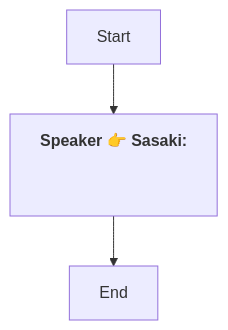
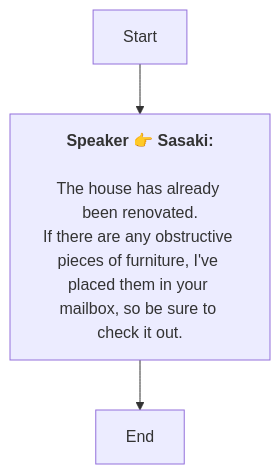
One commit to SoftHu/tos_avg changed the diagram in En/QuestStartTalkENode_1773500385911066.md. Above: the diagram before and after it, drawn with Mermaid. The commit also changed 410 other files, not shown here.

````diff
--- a/En/QuestStartTalkENode_1773500385911066.md
+++ b/En/QuestStartTalkENode_1773500385911066.md
@@ -1,7 +1,7 @@
 ```mermaid
 graph
 Start -->1773500481001759[<b>Speaker 👉 Sasaki:</b>
-\n\n]
+\nThe house has already been renovated.\nIf there are any obstructive pieces of furniture, I've placed them in your mailbox, so be sure to check it out.]
 1773500481001759 -->1773500448939294[End]
 
 ```
````
